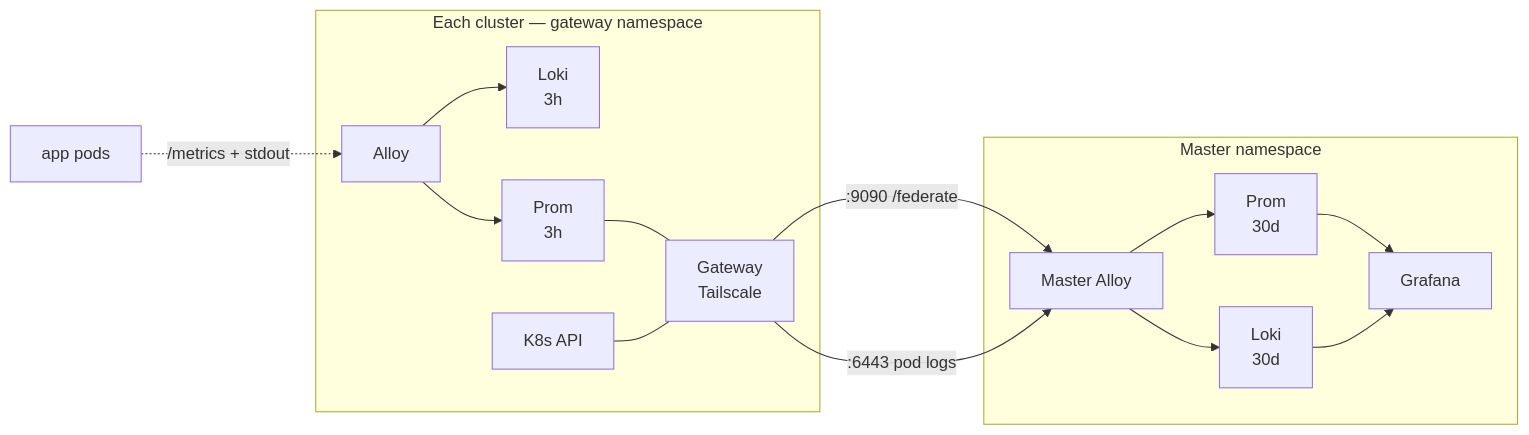
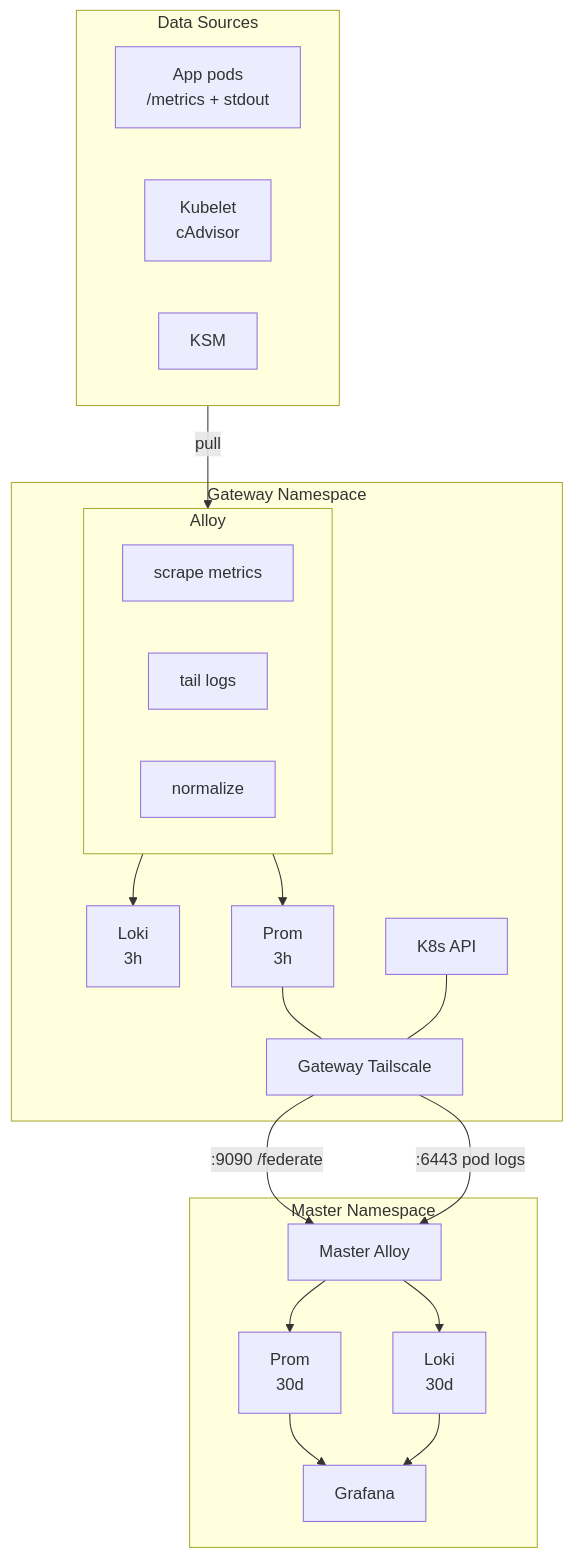
Before and after one commit to Kord96/kordinate: the fourth of 4 diagrams in docs/infrastructure.md, drawn with Mermaid. The commit also changed other lines of this file, not shown here.

First line of the commit message:
docs: merge 3 data flow diagrams into one [scribe]

````diff
--- a/docs/infrastructure.md
+++ b/docs/infrastructure.md
@@ -89,17 +89,29 @@
 ```mermaid
-flowchart LR
-    subgraph cluster[Each cluster — gateway namespace]
-        AL[Alloy] --> L[Loki<br/>3h] & P[Prom<br/>3h]
-        P --- GW[Gateway<br/>Tailscale]
-        K8S[K8s API] --- GW
+flowchart TB
+    subgraph sources[Data Sources]
+        AP[App pods<br/>/metrics + stdout]
+        KU[Kubelet<br/>cAdvisor]
+        KSM[KSM]
     end
 
-    Apps[app pods] -.->|/metrics + stdout| AL
-    GW -->|:9090 /federate| MA
-    GW -->|:6443 pod logs| MA
+    subgraph gw[Gateway Namespace]
+        subgraph AL[Alloy]
+            SM[scrape metrics]
+            TL[tail logs]
+            NM[normalize]
+        end
+        AL --> L[Loki<br/>3h] & P[Prom<br/>3h]
+        P --- GWT[Gateway Tailscale]
+        K8S[K8s API] --- GWT
+    end
 
-    subgraph master[Master namespace]
-        MA[Master Alloy] --> MP[Prom<br/>30d] & ML[Loki<br/>30d]
+    sources -->|pull| AL
+
+    subgraph master[Master Namespace]
+        MA[Master Alloy] --> ML[Loki<br/>30d] & MP[Prom<br/>30d]
         MP & ML --> G[Grafana]
     end
+
+    GWT -->|:9090 /federate| MA
+    GWT -->|:6443 pod logs| MA
 ```
````
